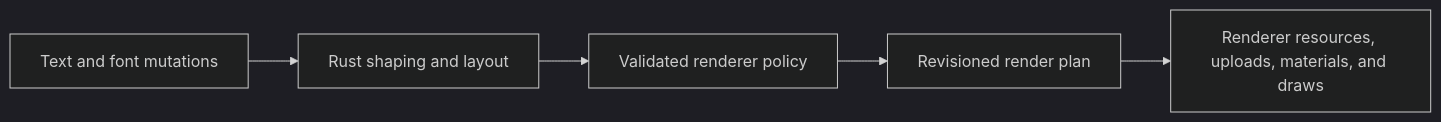
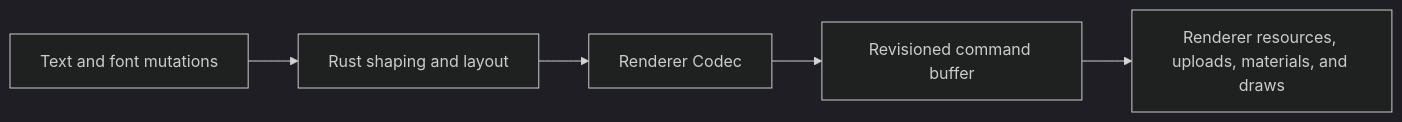
One commit to pmndrs/glyph changed the first of 2 diagrams in README.md. Above: the diagram before and after it, drawn with Mermaid (dark theme). The commit also changed other lines of this file and 97 other files, not shown here.

Commit message:
refactor(glyph): rename render policy to codec

````diff
--- a/README.md
+++ b/README.md
@@ -332,7 +333,7 @@
 ```mermaid
 flowchart LR
   mutations["Text and font mutations"] --> layout["Rust shaping and layout"]
-  layout --> policy["Validated renderer policy"]
-  policy --> plan["Revisioned render plan"]
-  plan --> render["Renderer resources, uploads, materials, and draws"]
+  layout --> codec["Renderer Codec"]
+  codec --> commands["Revisioned command buffer"]
+  commands --> render["Renderer resources, uploads, materials, and draws"]
 ```
````
